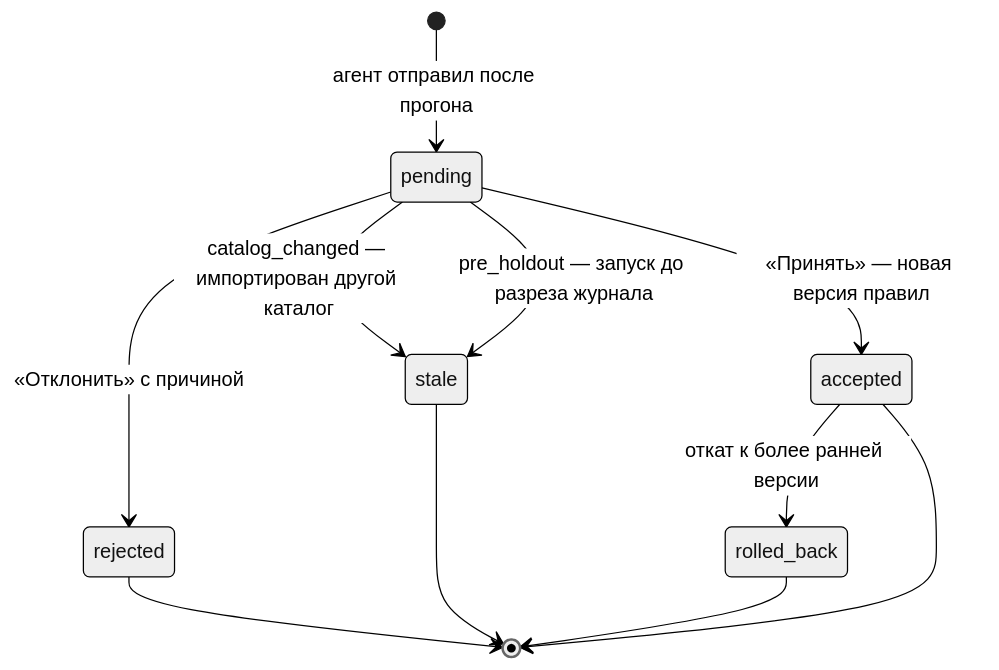
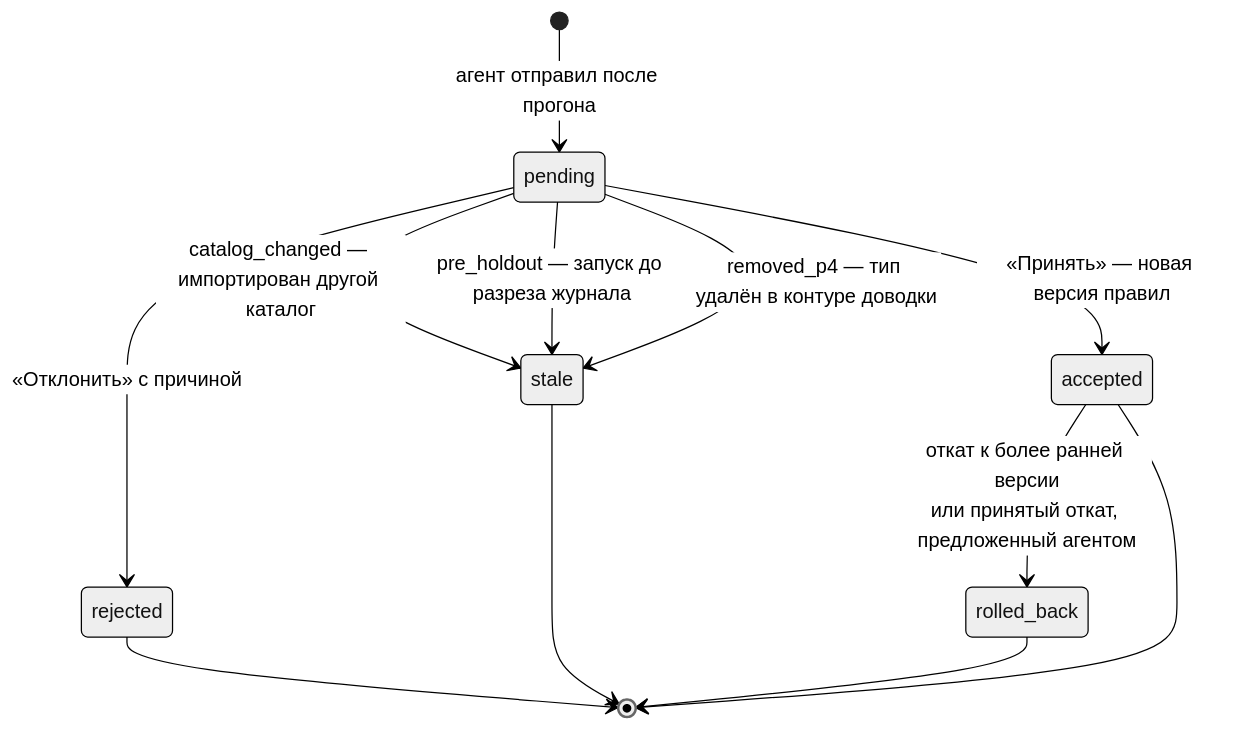
The fourth of 5 diagrams in docs/ARCHITECTURE.md (olegator-rus/rokotovka-plexet-kuznitsa), drawn with Mermaid (neutral theme) before and after one commit. The commit also changed other lines of this file and 9 other files, not shown here.

````diff
--- a/docs/ARCHITECTURE.md
+++ b/docs/ARCHITECTURE.md
@@ -271,13 +346,14 @@
 ```mermaid
 stateDiagram-v2
     [*] --> pending: агент отправил после прогона
     pending --> accepted: «Принять» — новая версия правил
     pending --> rejected: «Отклонить» с причиной
     pending --> stale: catalog_changed — импортирован другой каталог
     pending --> stale: pre_holdout — запуск до разреза журнала
-    accepted --> rolled_back: откат к более ранней версии
+    pending --> stale: removed_p4 — тип удалён в контуре доводки
+    accepted --> rolled_back: откат к более ранней версии<br/>или принятый откат, предложенный агентом
     rejected --> [*]
     stale --> [*]
     rolled_back --> [*]
     accepted --> [*]
 ```
````
